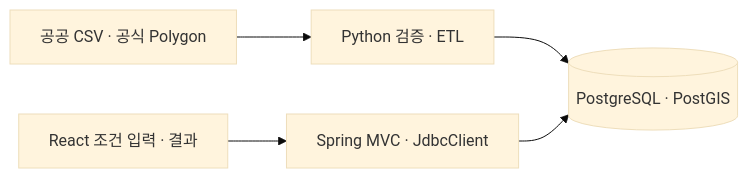
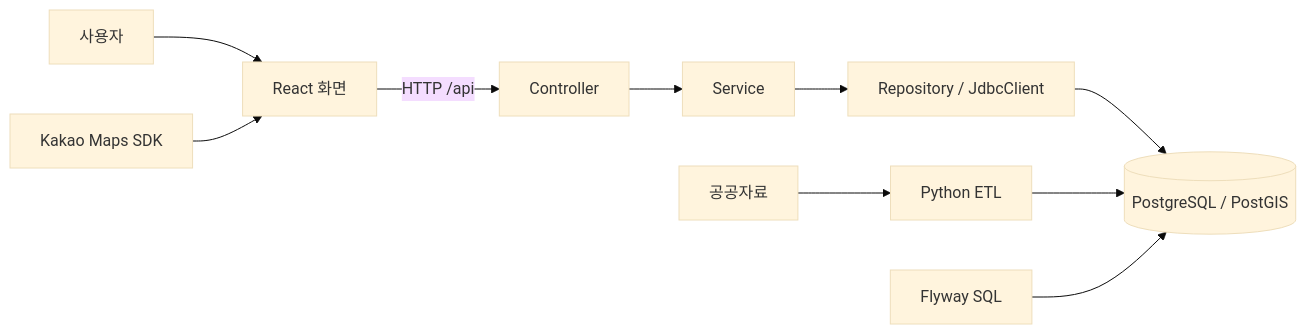
Before and after one commit to jinwooorp/RecycleYoungs: the first of 3 diagrams in docs/technical.md, drawn with Mermaid (base theme). The commit also changed other lines of this file and 69 other files, not shown here.

Commit message:
refactor: 프로젝트 문서·ERD 정비 및 미사용 실험 코드·설정 예시 제거

````diff
--- a/docs/technical.md
+++ b/docs/technical.md
@@ -146,7 +30,12 @@
 ```mermaid
 flowchart LR
-    Source["공공 CSV · 공식 Polygon"] --> ETL["Python 검증 · ETL"]
-    ETL --> DB[("PostgreSQL · PostGIS")]
-    UI["React 조건 입력 · 결과"] --> API["Spring MVC · JdbcClient"]
-    API --> DB
+    U["사용자"] --> F["React 화면"]
+    K["Kakao Maps SDK"] --> F
+    F -->|"HTTP /api"| C["Controller"]
+    C --> S["Service"]
+    S --> R["Repository / JdbcClient"]
+    R --> D[("PostgreSQL / PostGIS")]
+    P["공공자료"] --> E["Python ETL"]
+    E --> D
+    M["Flyway SQL"] --> D
 ```
````
